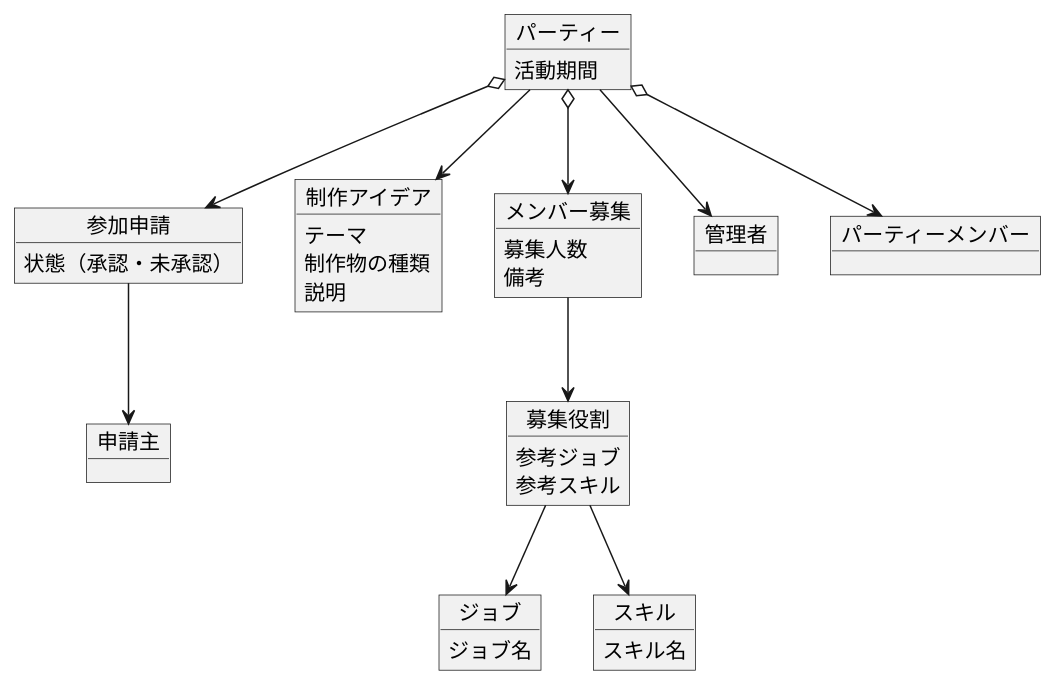
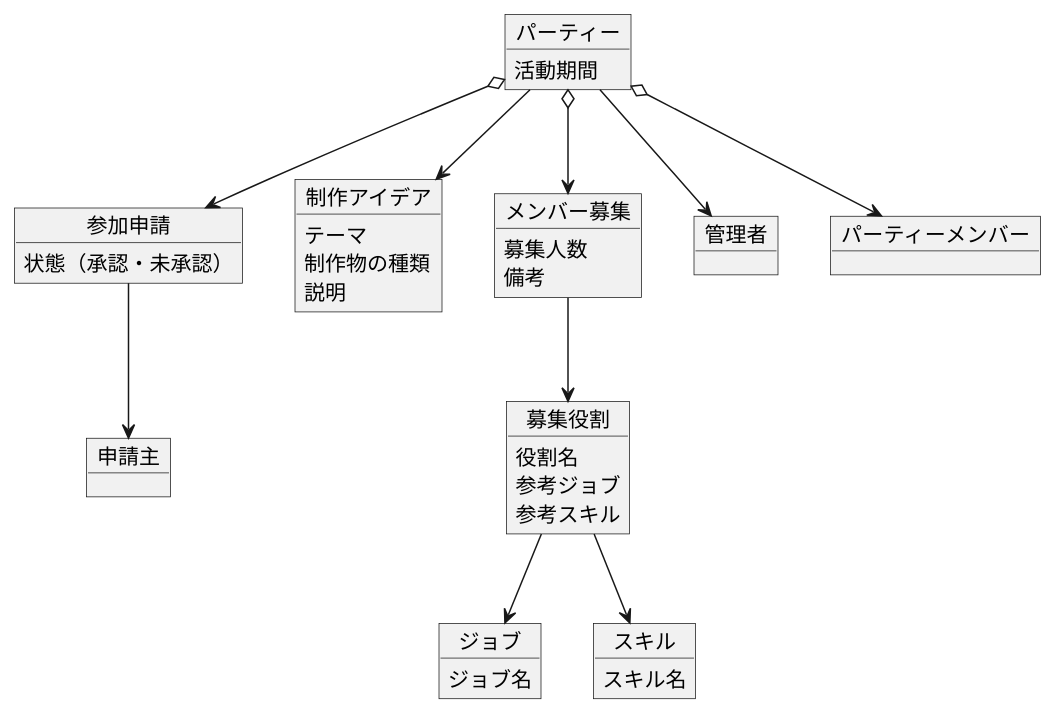
One commit to 44x1carbon/oic-rpg-doc changed the second of 4 diagrams in design/domain_model.puml.md. Above: the diagram before and after it, drawn with PlantUML. The commit also changed other lines of this file, not shown here.

````diff
--- a/design/domain_model.puml.md
+++ b/design/domain_model.puml.md
@@ -2,53 +138,54 @@
 ```uml
 @startuml
 
 object パーティー {
     活動期間
 }
 
 object 参加申請 {
     状態（承認・未承認）
 }
 
 object 制作アイデア {
     テーマ
     制作物の種類
     説明
 }
 
 object メンバー募集 {
     募集人数
     備考
 }
 
 object 募集役割 {
+    役割名
     参考ジョブ
     参考スキル
 }
 
 object ジョブ {
     ジョブ名
 }
 
 object スキル {
     スキル名
 }
 
 object 管理者
 object 申請主
 object パーティーメンバー
 
 パーティー --> 管理者
 パーティー --> 制作アイデア
 パーティー o--> メンバー募集
 パーティー o--> 参加申請
 パーティー o--> パーティーメンバー
 参加申請 --> 申請主
 メンバー募集 --> 募集役割
 募集役割 --> スキル
 募集役割 --> ジョブ
 
 
 
 @enduml
 ```
````
